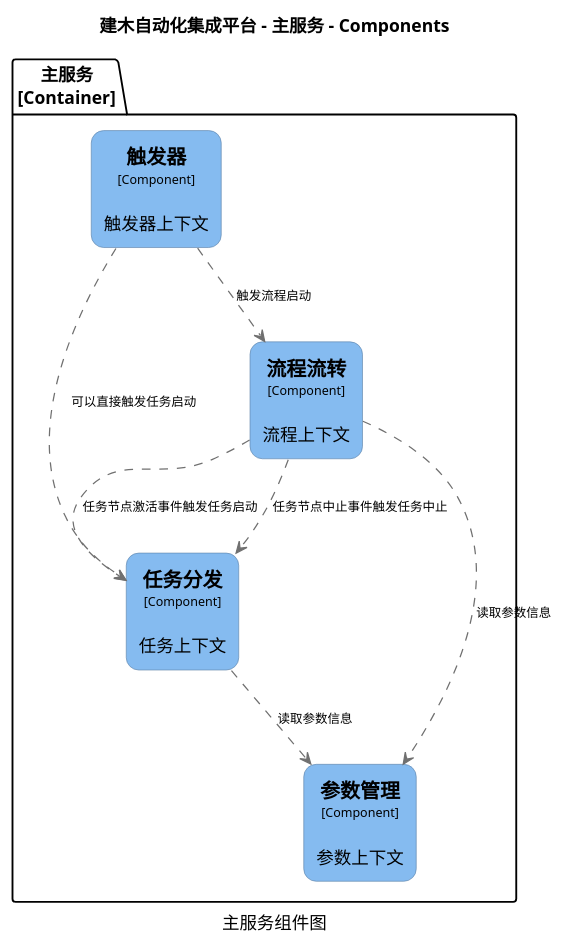
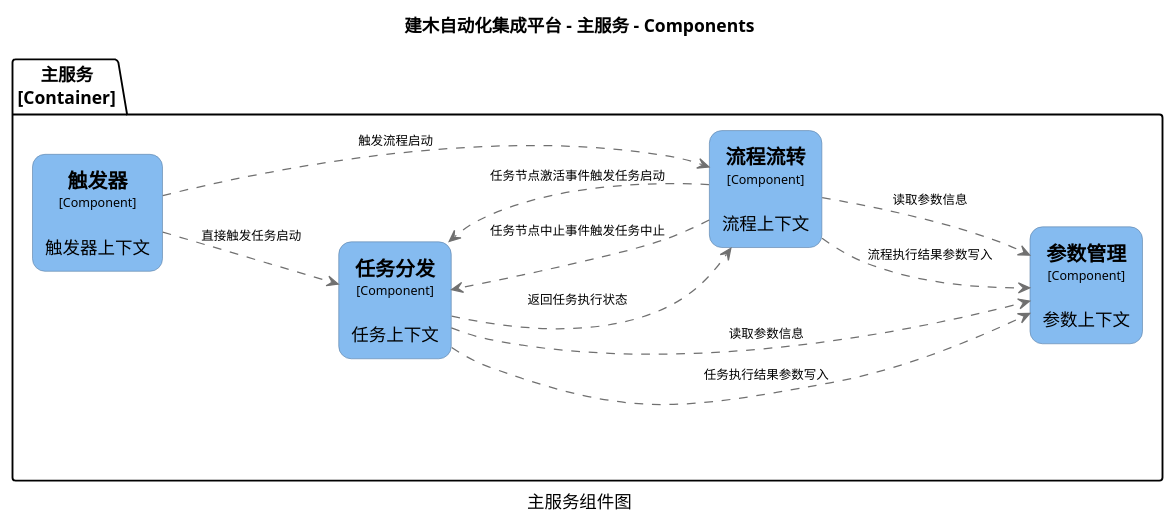
The diagram in c4/structurizr-web-component.puml (jianmu-dev/jianmu-architecture-as-code), drawn with PlantUML before and after one commit. The commit also changed 5 other files, not shown here.

```diff
--- a/c4/structurizr-web-component.puml
+++ b/c4/structurizr-web-component.puml
@@ -1,50 +1,53 @@
 @startuml(id=web-component)
 title 建木自动化集成平台 - 主服务 - Components
 caption 主服务组件图
 
 skinparam {
   shadowing false
   arrowFontSize 10
   defaultTextAlignment center
   wrapWidth 200
   maxMessageSize 100
 }
 hide stereotype
-top to bottom direction
+left to right direction
 skinparam rectangle<<4>> {
   BackgroundColor #85bbf0
   FontColor #000000
   BorderColor #5D82A8
   roundCorner 20
 }
 skinparam rectangle<<5>> {
   BackgroundColor #85bbf0
   FontColor #000000
   BorderColor #5D82A8
   roundCorner 20
 }
 skinparam rectangle<<6>> {
   BackgroundColor #85bbf0
   FontColor #000000
   BorderColor #5D82A8
   roundCorner 20
 }
 skinparam rectangle<<7>> {
   BackgroundColor #85bbf0
   FontColor #000000
   BorderColor #5D82A8
   roundCorner 20
 }
 package "主服务\n[Container]" {
   rectangle "==任务分发\n<size:10>[Component]</size>\n\n任务上下文" <<6>> as 6
   rectangle "==参数管理\n<size:10>[Component]</size>\n\n参数上下文" <<7>> as 7
   rectangle "==流程流转\n<size:10>[Component]</size>\n\n流程上下文" <<5>> as 5
   rectangle "==触发器\n<size:10>[Component]</size>\n\n触发器上下文" <<4>> as 4
 }
+6 .[#707070].> 7 : "任务执行结果参数写入"
 6 .[#707070].> 7 : "读取参数信息"
+6 .[#707070].> 5 : "返回任务执行状态"
+5 .[#707070].> 6 : "任务节点中止事件触发任务中止"
 5 .[#707070].> 6 : "任务节点激活事件触发任务启动"
-5 .[#707070].> 6 : "任务节点中止事件触发任务中止"
+5 .[#707070].> 7 : "流程执行结果参数写入"
 5 .[#707070].> 7 : "读取参数信息"
-4 .[#707070].> 6 : "可以直接触发任务启动"
+4 .[#707070].> 6 : "直接触发任务启动"
 4 .[#707070].> 5 : "触发流程启动"
 @enduml
```
